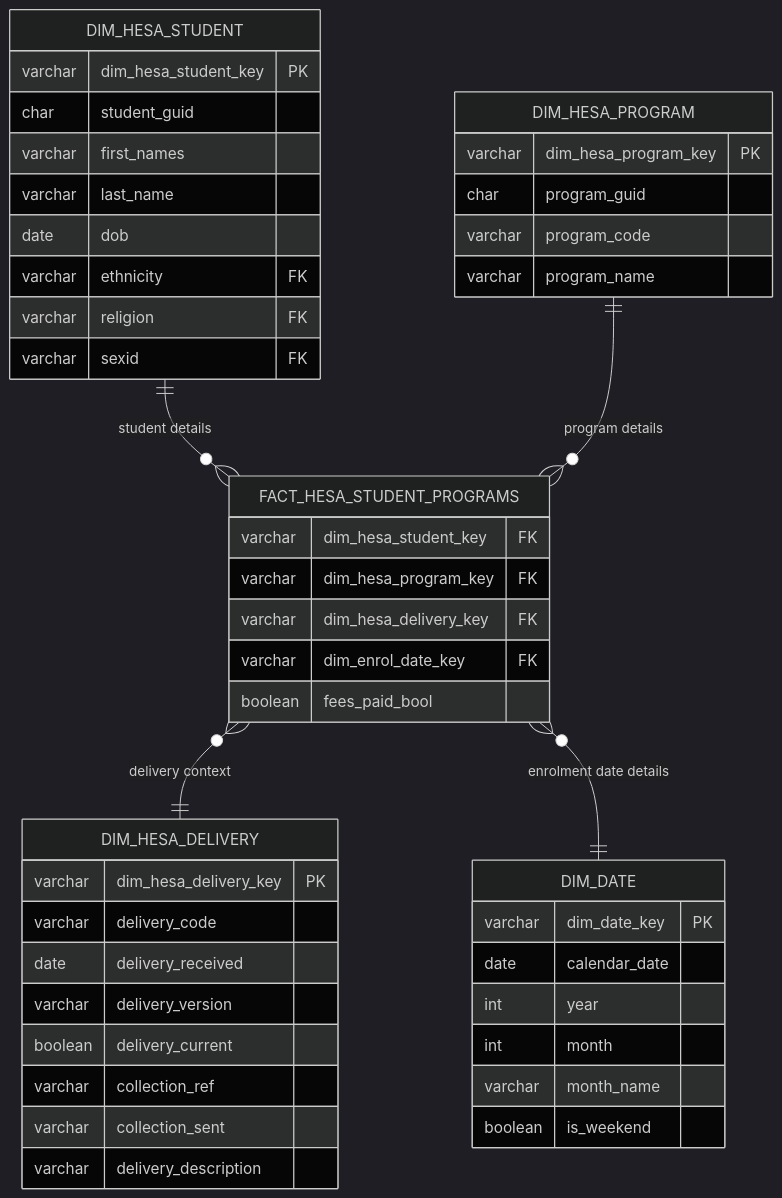
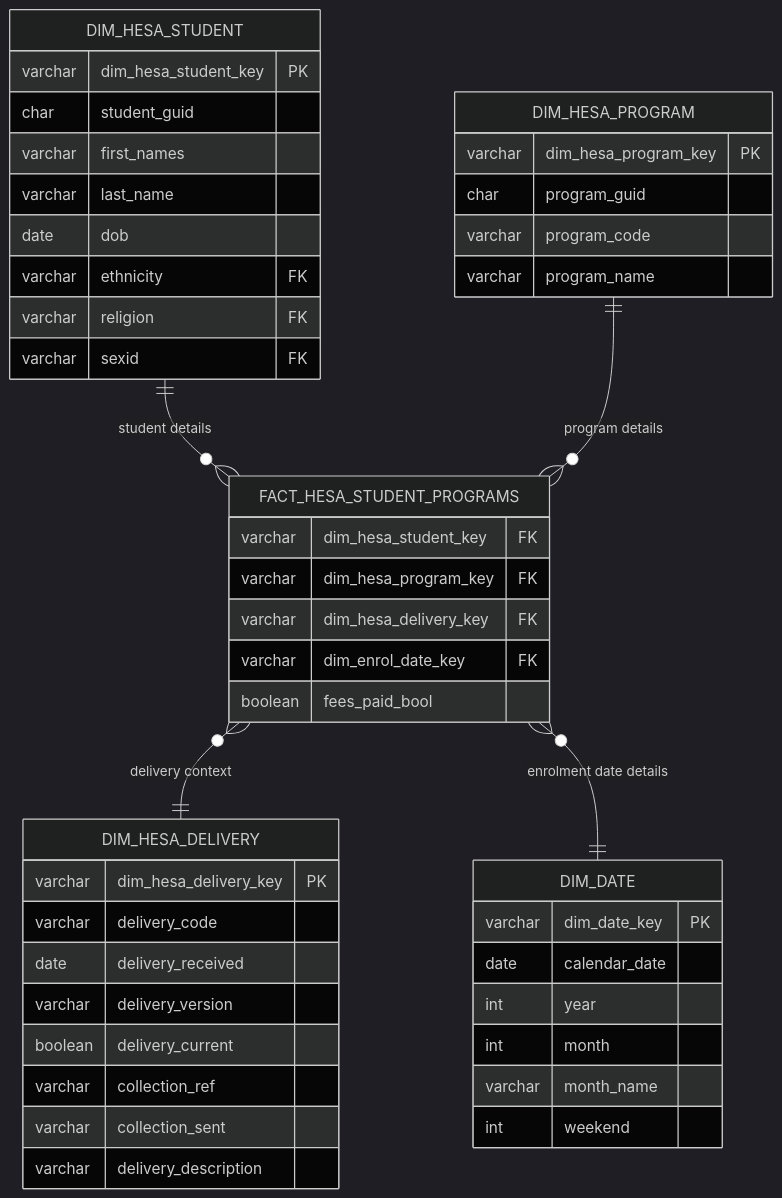
Before and after one commit to mart-123/data_thru: the diagram in docs/data-model.md, drawn with Mermaid (dark theme). The commit also changed other lines of this file and 4 other files, not shown here.

````diff
--- a/docs/data-model.md
+++ b/docs/data-model.md
@@ -28,53 +33,53 @@
 ```mermaid
 erDiagram
     DIM_HESA_STUDENT ||--o{ FACT_HESA_STUDENT_PROGRAMS : "student details"
     DIM_HESA_PROGRAM ||--o{ FACT_HESA_STUDENT_PROGRAMS : "program details"
     FACT_HESA_STUDENT_PROGRAMS }o--|| DIM_HESA_DELIVERY : "delivery context"
     FACT_HESA_STUDENT_PROGRAMS }o--|| DIM_DATE : "enrolment date details"
 
     DIM_HESA_STUDENT {
         varchar dim_hesa_student_key PK
         char student_guid
         varchar first_names
         varchar last_name
         date dob
         varchar ethnicity FK
         varchar religion FK
         varchar sexid FK
     }
 
     DIM_HESA_PROGRAM {
         varchar dim_hesa_program_key PK
         char program_guid
         varchar program_code
         varchar program_name
     }
 
     DIM_HESA_DELIVERY {
         varchar dim_hesa_delivery_key PK
         varchar delivery_code
         date delivery_received
         varchar delivery_version
         boolean delivery_current
         varchar collection_ref
         varchar collection_sent
         varchar delivery_description
     }
     
     DIM_DATE {
         varchar dim_date_key PK
         date calendar_date
         int year
         int month
         varchar month_name
-        boolean is_weekend
+        int weekend
     }
     
     FACT_HESA_STUDENT_PROGRAMS {
         varchar dim_hesa_student_key FK
         varchar dim_hesa_program_key FK
         varchar dim_hesa_delivery_key FK
         varchar dim_enrol_date_key FK
         boolean fees_paid_bool
     }
 ```
````
